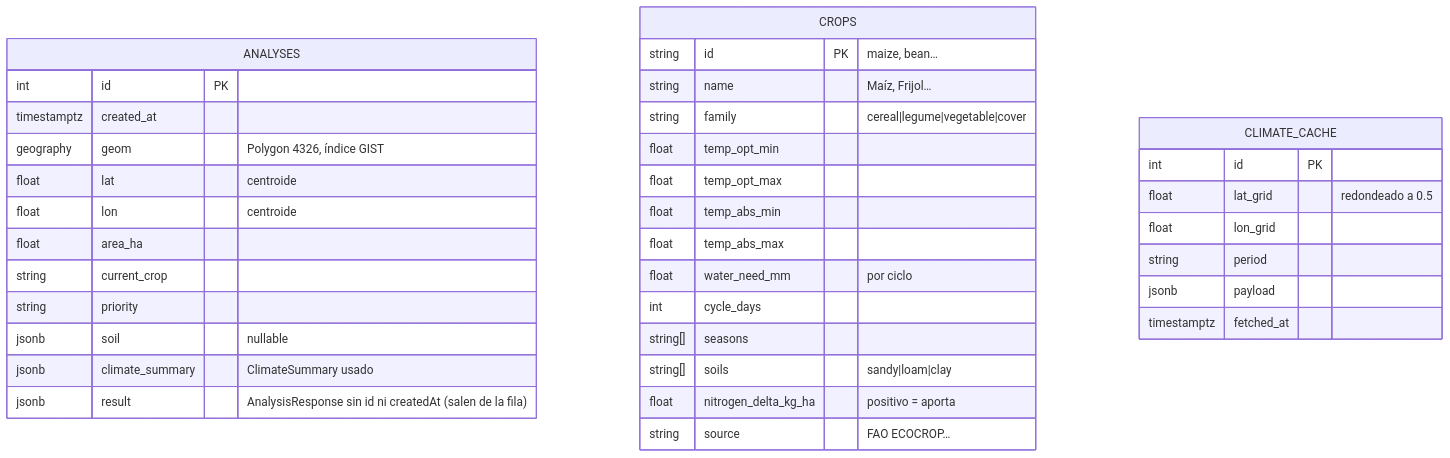
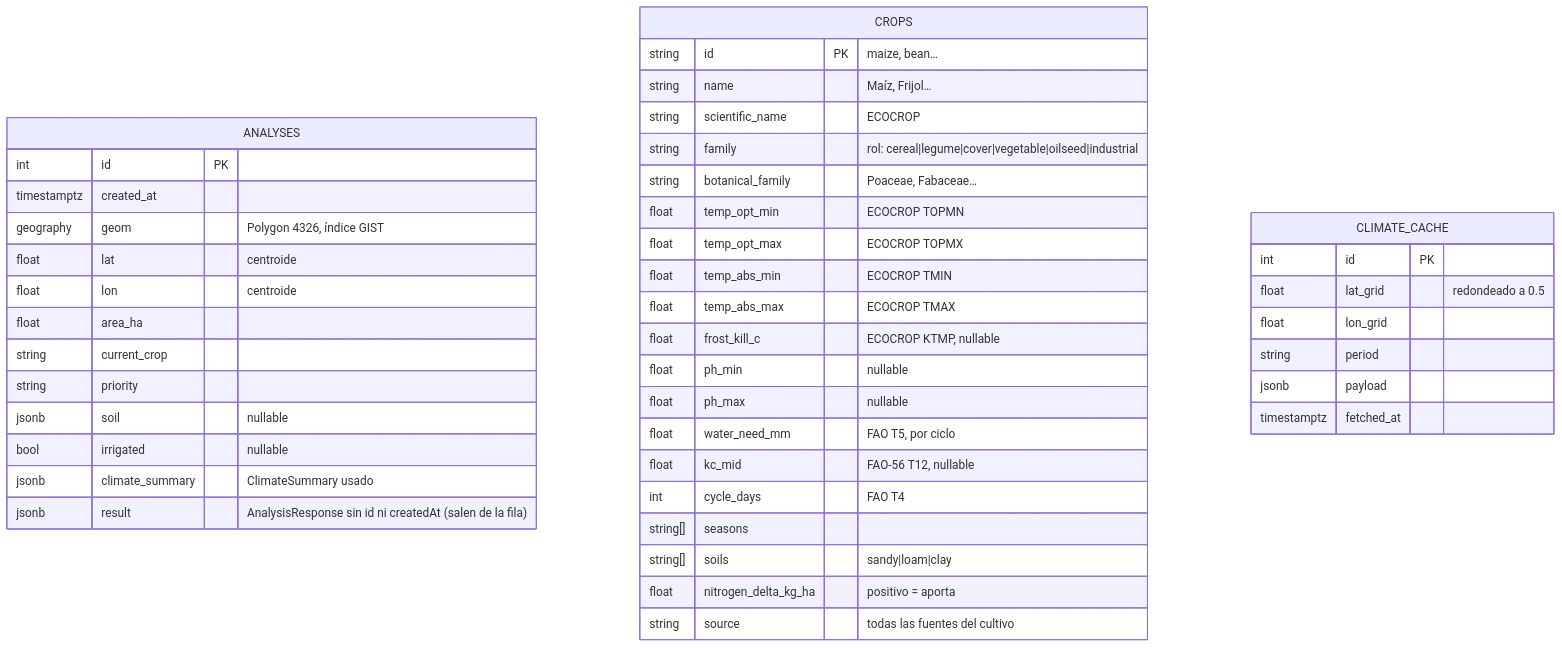
The third of 3 diagrams in docs/ARQUITECTURA.md (Maurongas/AgroBytes), drawn with Mermaid before and after one commit. The commit also changed other lines of this file and 26 other files, not shown here.

````diff
--- a/docs/ARQUITECTURA.md
+++ b/docs/ARQUITECTURA.md
@@ -278,39 +297,46 @@
 ```mermaid
 erDiagram
     ANALYSES {
         int id PK
         timestamptz created_at
         geography geom "Polygon 4326, índice GIST"
         float lat "centroide"
         float lon "centroide"
         float area_ha
         string current_crop
         string priority
         jsonb soil "nullable"
+        bool irrigated "nullable"
         jsonb climate_summary "ClimateSummary usado"
         jsonb result "AnalysisResponse sin id ni createdAt (salen de la fila)"
     }
     CROPS {
         string id PK "maize, bean…"
         string name "Maíz, Frijol…"
-        string family "cereal|legume|vegetable|cover"
-        float temp_opt_min
-        float temp_opt_max
-        float temp_abs_min
-        float temp_abs_max
-        float water_need_mm "por ciclo"
-        int cycle_days
+        string scientific_name "ECOCROP"
+        string family "rol: cereal|legume|cover|vegetable|oilseed|industrial"
+        string botanical_family "Poaceae, Fabaceae…"
+        float temp_opt_min "ECOCROP TOPMN"
+        float temp_opt_max "ECOCROP TOPMX"
+        float temp_abs_min "ECOCROP TMIN"
+        float temp_abs_max "ECOCROP TMAX"
+        float frost_kill_c "ECOCROP KTMP, nullable"
+        float ph_min "nullable"
+        float ph_max "nullable"
+        float water_need_mm "FAO T5, por ciclo"
+        float kc_mid "FAO-56 T12, nullable"
+        int cycle_days "FAO T4"
         string[] seasons
         string[] soils "sandy|loam|clay"
         float nitrogen_delta_kg_ha "positivo = aporta"
-        string source "FAO ECOCROP…"
+        string source "todas las fuentes del cultivo"
     }
     CLIMATE_CACHE {
         int id PK
         float lat_grid "redondeado a 0.5"
         float lon_grid
         string period
         jsonb payload
         timestamptz fetched_at
     }
 ```
````
